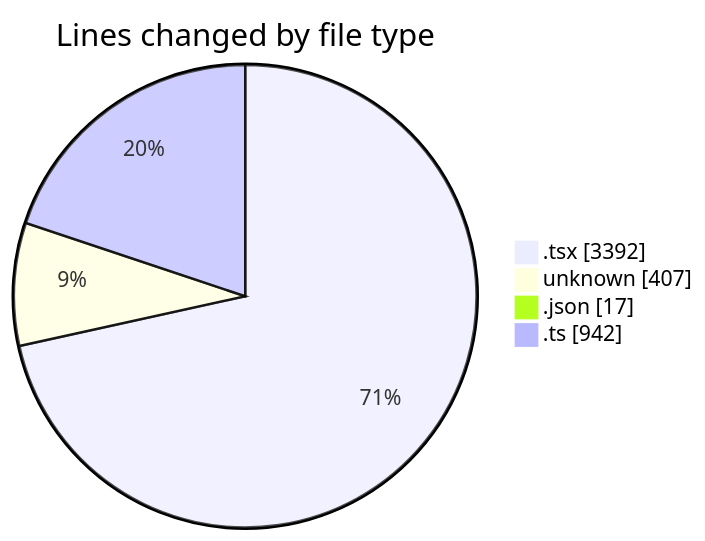
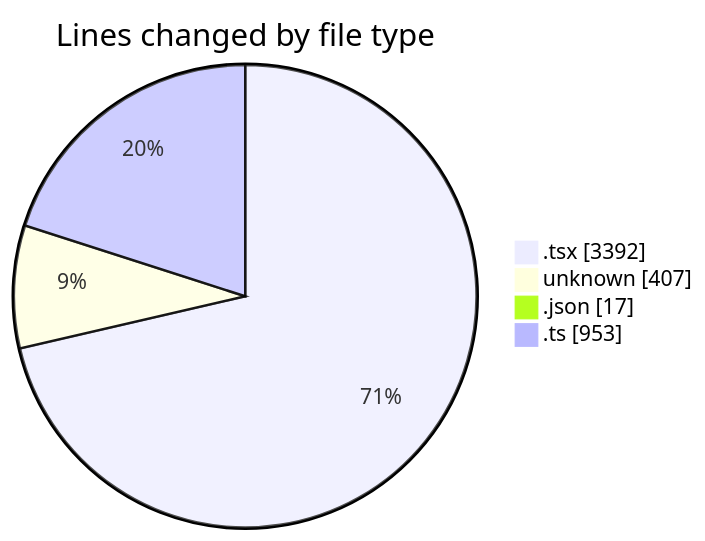
The first of 2 diagrams in 2025-06-20/archive/README.md (JenPaints/code-tracking), drawn with Mermaid before and after one commit. The commit also changed other lines of this file and 1 other file, not shown here.

````diff
--- a/2025-06-20/archive/README.md
+++ b/2025-06-20/archive/README.md
@@ -34,8 +34,8 @@
 ```mermaid
 pie showData
 title Lines changed by file type
 ".tsx" : 3392
 "unknown" : 407
 ".json" : 17
-".ts" : 942
+".ts" : 953
 ```
````
